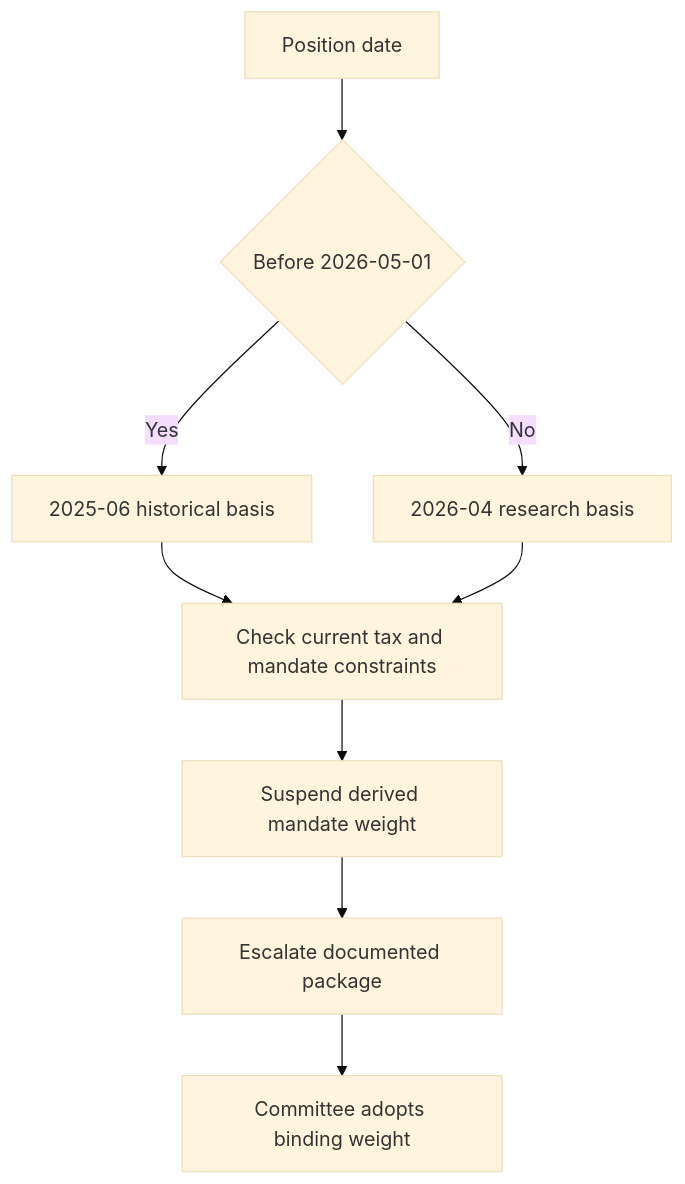
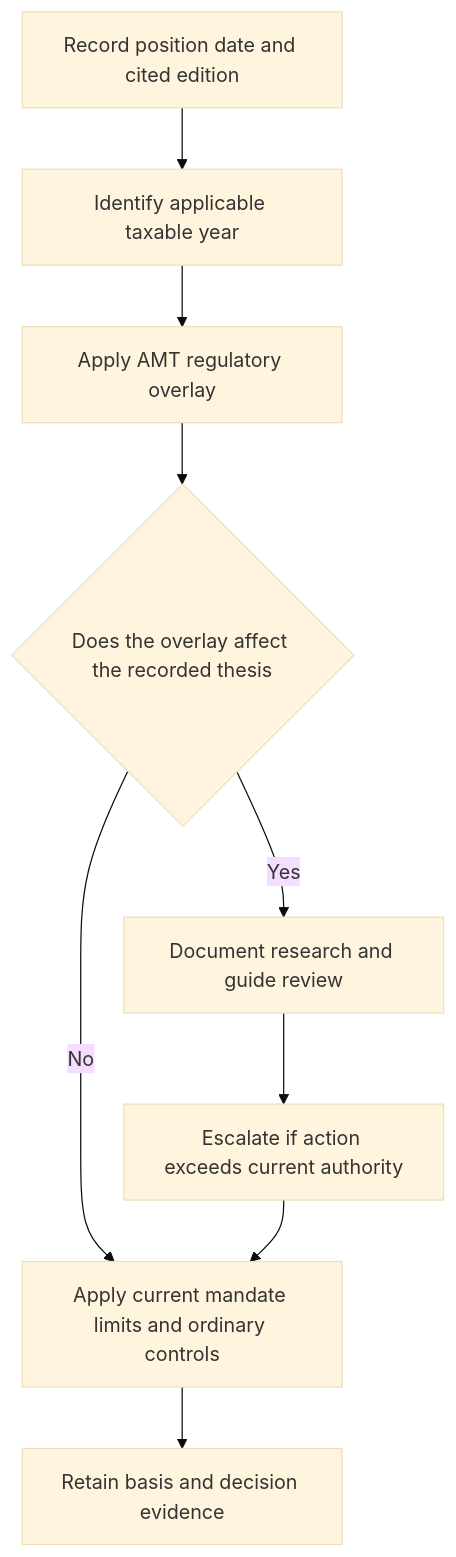
Before and after one commit to xuro-langchain/wealth-research-corpus: the diagram in openwiki/workflows/position-basis-of-record.md, drawn with Mermaid (base theme). The commit also changed other lines of this file and 43 other files, not shown here.

````diff
--- a/openwiki/workflows/position-basis-of-record.md
+++ b/openwiki/workflows/position-basis-of-record.md
@@ -37,11 +52,11 @@
 ```mermaid
 flowchart TD
-    Date["Position date"] --> Historic{"Before 2026-05-01"}
-    Historic -- "Yes" --> Old["2025-06 historical basis"]
-    Historic -- "No" --> New["2026-04 research basis"]
-    Old --> Overlay["Check current tax and mandate constraints"]
-    New --> Overlay
-    Overlay --> Suspend["Suspend derived mandate weight"]
-    Suspend --> Package["Escalate documented package"]
-    Package --> Committee["Committee adopts binding weight"]
+    PositionDate["Record position date and cited edition"] --> TaxYear["Identify applicable taxable year"]
+    TaxYear --> AMT["Apply AMT regulatory overlay"]
+    AMT --> Review{"Does the overlay affect the recorded thesis"}
+    Review -- "No" --> Controls["Apply current mandate limits and ordinary controls"]
+    Review -- "Yes" --> Document["Document research and guide review"]
+    Document --> Authority["Escalate if action exceeds current authority"]
+    Authority --> Controls
+    Controls --> Record["Retain basis and decision evidence"]
 ```
````
